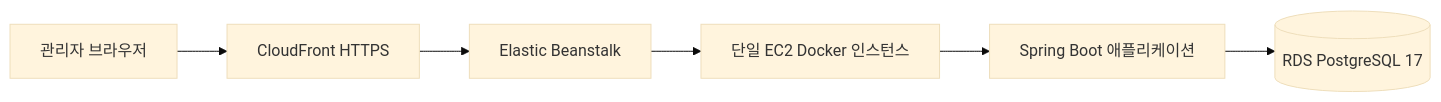
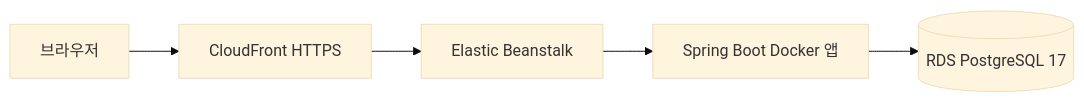
The third of 3 diagrams in README.md (kimsooin77/Sync), drawn with Mermaid (base theme) before and after one commit. The commit also changed other lines of this file and 3 other files, not shown here.

````diff
--- a/README.md
+++ b/README.md
@@ -120,8 +104,7 @@
 ```mermaid
 flowchart LR
-    Browser[관리자 브라우저] --> CF[CloudFront HTTPS]
+    Browser[브라우저] --> CF[CloudFront HTTPS]
     CF --> EB[Elastic Beanstalk]
-    EB --> EC2[단일 EC2 Docker 인스턴스]
-    EC2 --> App[Spring Boot 애플리케이션]
+    EB --> App[Spring Boot Docker 앱]
     App --> RDS[(RDS PostgreSQL 17)]
 ```
````
